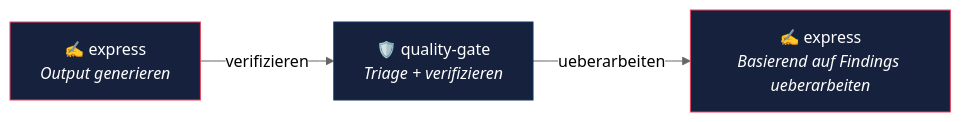
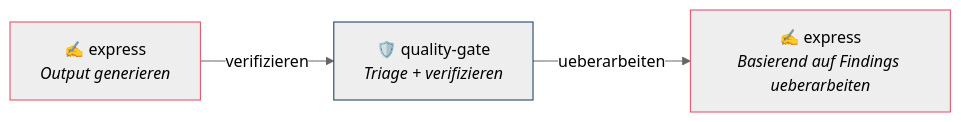
Before and after one commit to janrummel/claude-orchestrator-starter: the fourth of 5 diagrams in README.de.md, drawn with Mermaid (neutral theme). The commit also changed other lines of this file and 3 other files, not shown here.

First line of the commit message:
Update website and diagrams: add quality-gate, fix Mermaid styling

````diff
--- a/README.de.md
+++ b/README.de.md
@@ -210,13 +210,13 @@
 ```mermaid
 flowchart LR
     E["✍️ express<br/><i>Output generieren</i>"]
     QG["🛡️ quality-gate<br/><i>Triage + verifizieren</i>"]
     E2["✍️ express<br/><i>Basierend auf Findings ueberarbeiten</i>"]
 
     E -->|"verifizieren"| QG
     QG -->|"ueberarbeiten"| E2
 
-    style E fill:#16213e,stroke:#e94560,color:#fff
-    style QG fill:#16213e,stroke:#0f3460,color:#fff
-    style E2 fill:#16213e,stroke:#e94560,color:#fff
+    style E stroke:#e94560
+    style QG stroke:#0f3460
+    style E2 stroke:#e94560
 ```
````
